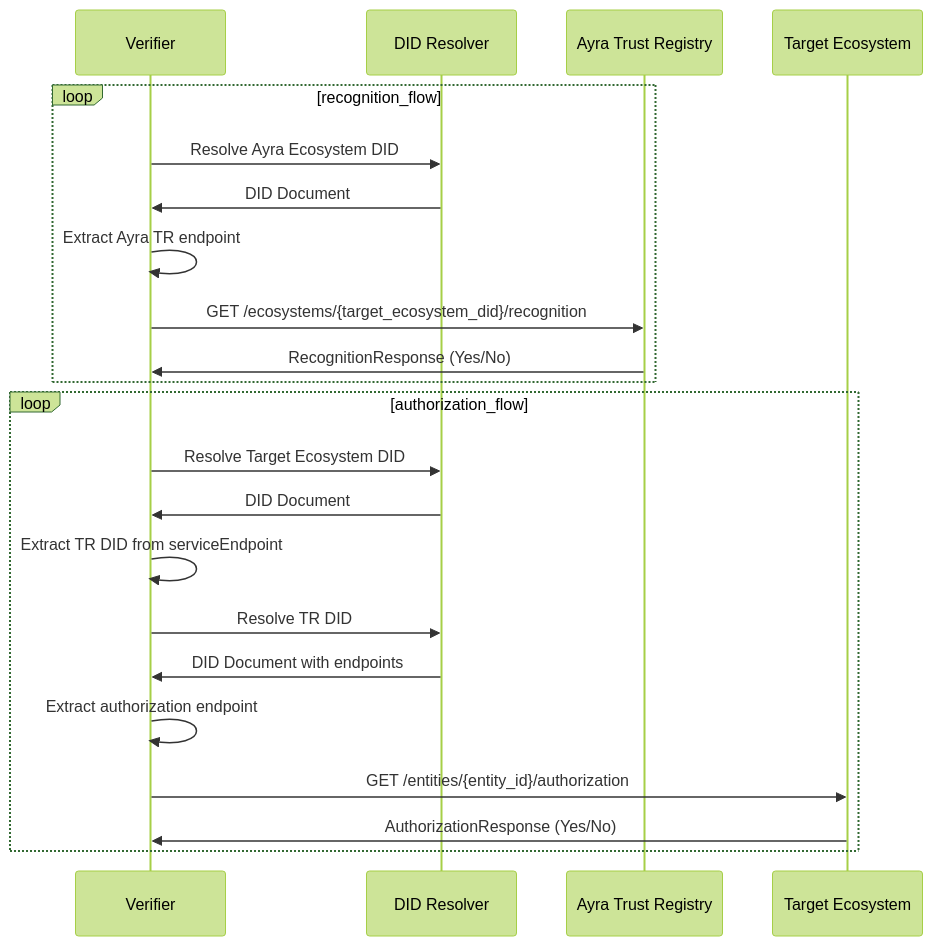
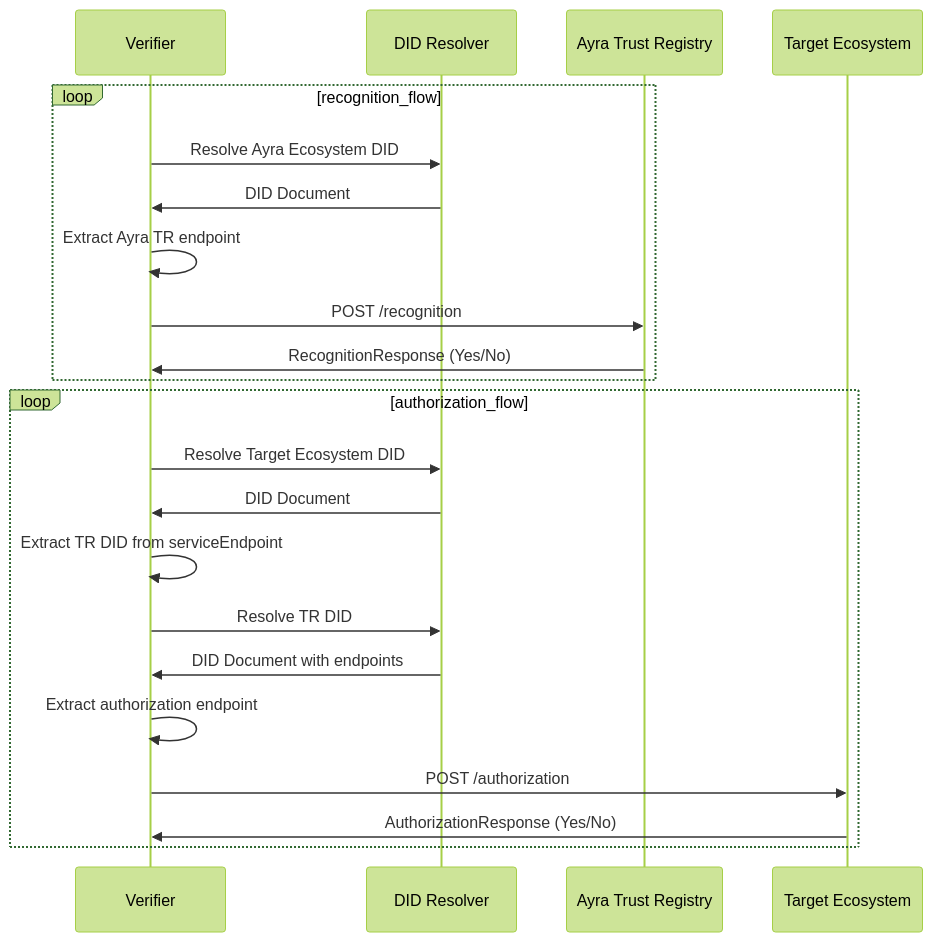
Before and after one commit to ayraforum/ayra-trust-registry-resources: the third of 3 diagrams in guides/implementers_guide.md, drawn with Mermaid (forest theme). The commit also changed other lines of this file and 2 other files, not shown here.

````diff
--- a/guides/implementers_guide.md
+++ b/guides/implementers_guide.md
@@ -176,31 +185,31 @@
 ```mermaid
 sequenceDiagram
    participant Verifier
    participant DIDRes as DID Resolver
    participant AyraEco as Ayra Trust Registry
    participant TargetEco as Target Ecosystem
    
    %% Recognition Flow
    loop recognition_flow
    Verifier->>DIDRes: Resolve Ayra Ecosystem DID
    DIDRes->>Verifier: DID Document
    Verifier->>Verifier: Extract Ayra TR endpoint
    
-   Verifier->>AyraEco: GET /ecosystems/{target_ecosystem_did}/recognition
+   Verifier->>AyraEco: POST /recognition
    AyraEco->>Verifier: RecognitionResponse (Yes/No)
    end
    
    %% Authorization Flow
    loop authorization_flow
    Verifier->>DIDRes: Resolve Target Ecosystem DID
    DIDRes->>Verifier: DID Document
    Verifier->>Verifier: Extract TR DID from serviceEndpoint
    
    Verifier->>DIDRes: Resolve TR DID
    DIDRes->>Verifier: DID Document with endpoints
    Verifier->>Verifier: Extract authorization endpoint
    
-   Verifier->>TargetEco: GET /entities/{entity_id}/authorization
+   Verifier->>TargetEco: POST /authorization
    TargetEco->>Verifier: AuthorizationResponse (Yes/No)
    end
 ```
````
